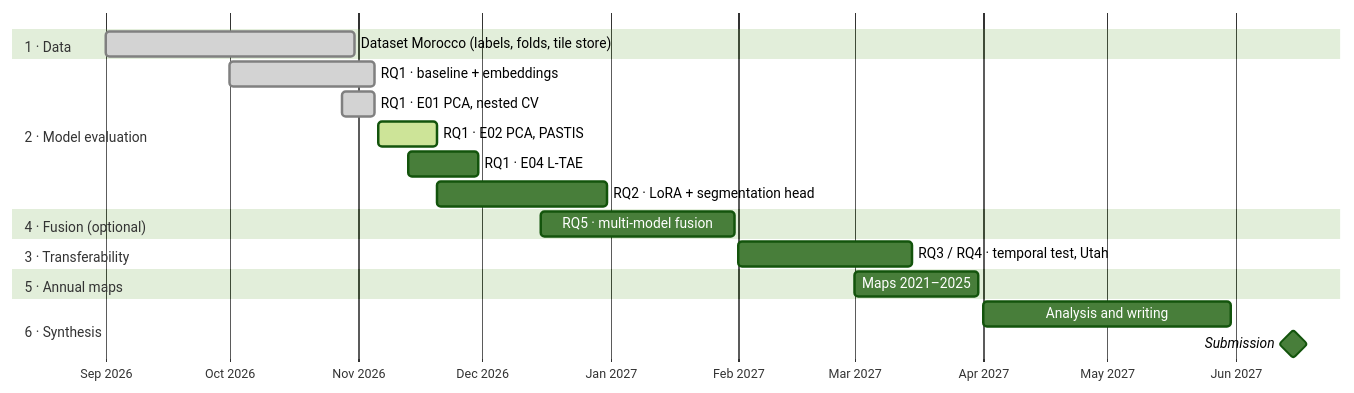
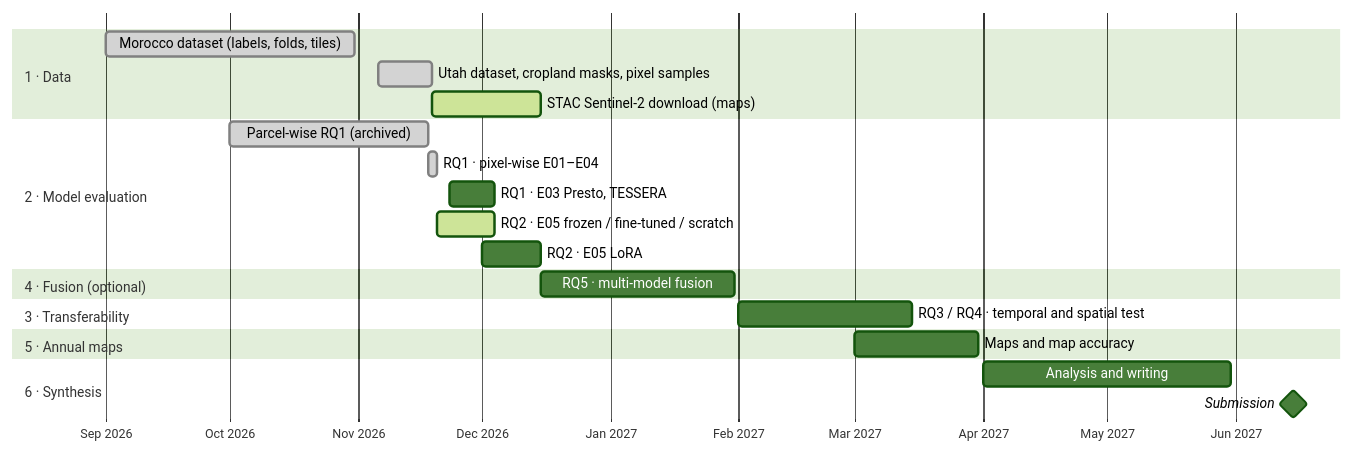
The diagram in docs/progress_report.md (amanchry/irrimapping-geofm), drawn with Mermaid (forest theme) before and after one commit. The commit also changed other lines of this file and 56 other files, not shown here.

Commit message:
Docs updated to the pixel-wise study; parcel-wise pages archived Progress report, change log, week 2026-W47

````diff
--- a/docs/progress_report.md
+++ b/docs/progress_report.md
@@ -20,22 +25,24 @@
 ```mermaid
 gantt
     dateFormat  YYYY-MM-DD
     axisFormat  %b %Y
     section 1 · Data
-    Dataset Morocco (labels, folds, tile store) :done,   d1, 2026-09-01, 2026-10-31
+    Morocco dataset (labels, folds, tiles)      :done,   d1, 2026-09-01, 2026-10-31
+    Utah dataset, cropland masks, pixel samples :done,   d2, 2026-11-06, 2026-11-19
+    STAC Sentinel-2 download (maps)             :active, d3, 2026-11-19, 2026-12-15
     section 2 · Model evaluation
-    RQ1 · baseline + embeddings                 :done,   r1, 2026-10-01, 2026-11-05
-    RQ1 · E01 PCA, nested CV                    :done,   r2, 2026-10-28, 2026-11-05
-    RQ1 · E02 PCA, PASTIS                       :active, r3, 2026-11-06, 2026-11-20
-    RQ1 · E04 L-TAE                             :        r4, 2026-11-13, 2026-11-30
-    RQ2 · LoRA + segmentation head              :        f1, 2026-11-20, 2026-12-31
+    Parcel-wise RQ1 (archived)                  :done,   r1, 2026-10-01, 2026-11-18
+    RQ1 · pixel-wise E01–E04                    :done,   r2, 2026-11-18, 2026-11-20
+    RQ1 · E03 Presto, TESSERA                   :        r3, 2026-11-23, 2026-12-04
+    RQ2 · E05 frozen / fine-tuned / scratch     :active, f1, 2026-11-20, 2026-12-04
+    RQ2 · E05 LoRA                              :        f2, 2026-12-01, 2026-12-15
     section 4 · Fusion (optional)
     RQ5 · multi-model fusion                    :        u1, 2026-12-15, 2027-01-31
     section 3 · Transferability
-    RQ3 / RQ4 · temporal test, Utah             :        t1, 2027-02-01, 2027-03-15
+    RQ3 / RQ4 · temporal and spatial test       :        t1, 2027-02-01, 2027-03-15
     section 5 · Annual maps
-    Maps 2021–2025                              :        m1, 2027-03-01, 2027-03-31
+    Maps and map accuracy                       :        m1, 2027-03-01, 2027-03-31
     section 6 · Synthesis
     Analysis and writing                        :        w1, 2027-04-01, 2027-05-31
     Submission                                  :milestone, w2, 2027-06-15, 0d
 ```
````
